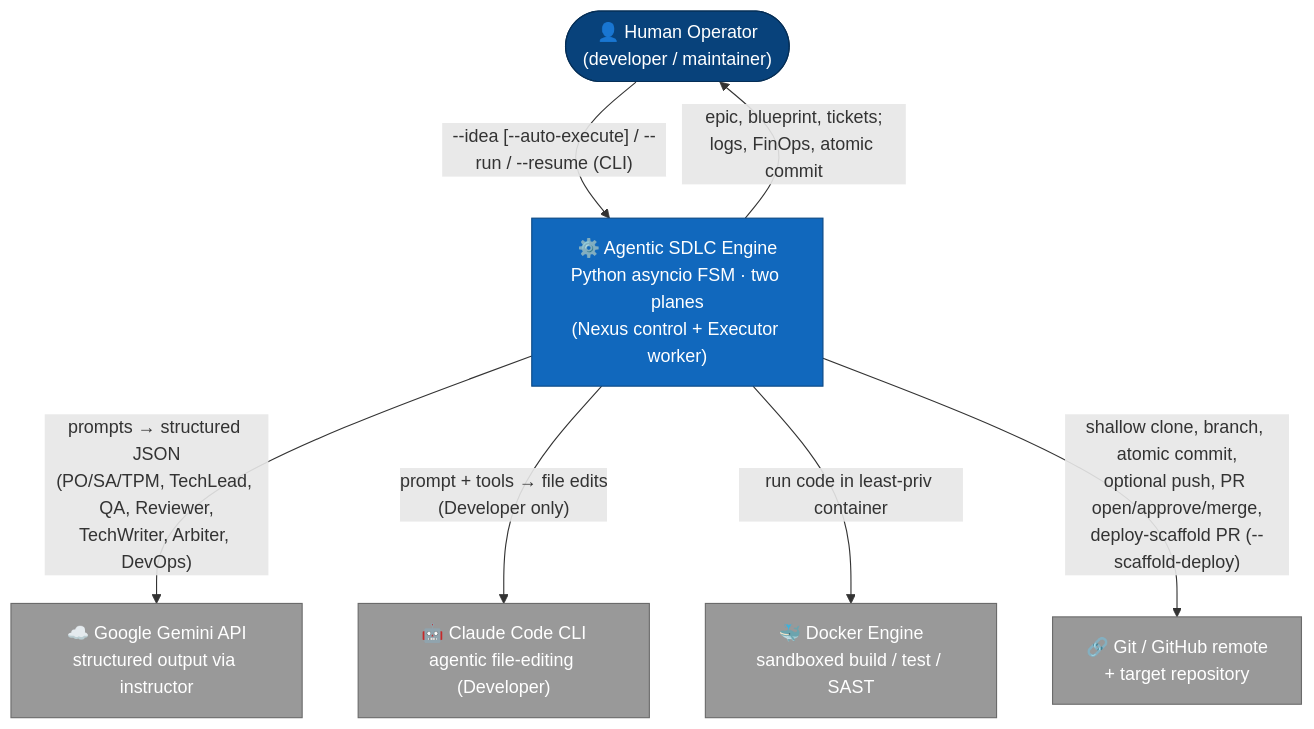
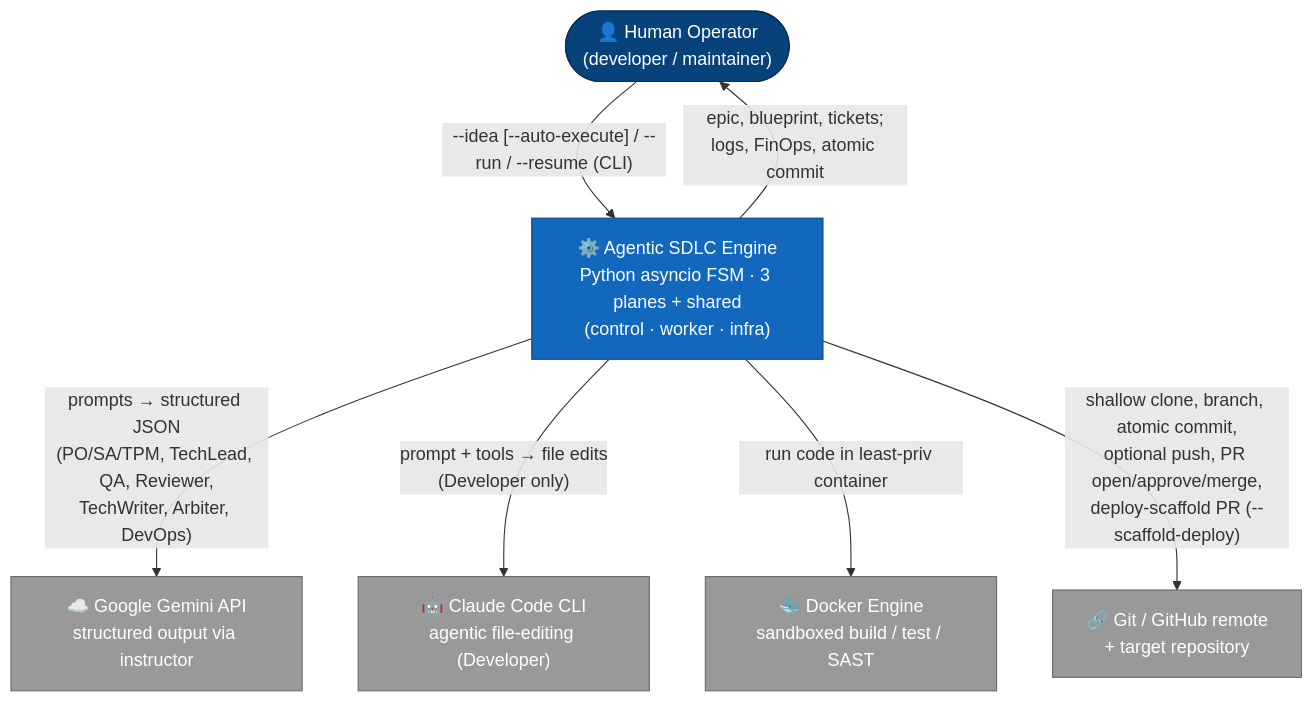
One commit to pavel-shyrko/async-agentic-sdlc changed the first of 4 diagrams in docs/ARCHITECTURE.md. Above: the diagram before and after it, drawn with Mermaid. The commit also changed other lines of this file and 4 other files, not shown here.

Commit message:
docs: update architecture and setup documentation to reflect three physical planes and deployment infra

````diff
--- a/docs/ARCHITECTURE.md
+++ b/docs/ARCHITECTURE.md
@@ -20,26 +22,26 @@
 ```mermaid
 flowchart TB
     human(["👤 Human Operator<br/>(developer / maintainer)"])
 
-    engine["⚙️ Agentic SDLC Engine<br/>Python asyncio FSM · two planes<br/>(Nexus control + Executor worker)"]
+    engine["⚙️ Agentic SDLC Engine<br/>Python asyncio FSM · 3 planes + shared<br/>(control · worker · infra)"]
 
     gemini["☁️ Google Gemini API<br/>structured output via instructor"]
     claude["🤖 Claude Code CLI<br/>agentic file-editing (Developer)"]
     docker["🐳 Docker Engine<br/>sandboxed build / test / SAST"]
     github["🔗 Git / GitHub remote<br/>+ target repository"]
 
     human -->|"--idea [--auto-execute] / --run / --resume (CLI)"| engine
     engine -->|"epic, blueprint, tickets;<br/>logs, FinOps, atomic commit"| human
 
     engine -->|"prompts → structured JSON<br/>(PO/SA/TPM, TechLead, QA, Reviewer,<br/>TechWriter, Arbiter, DevOps)"| gemini
     engine -->|"prompt + tools → file edits<br/>(Developer only)"| claude
     engine -->|"run code in least-priv container"| docker
     engine -->|"shallow clone, branch, atomic commit,<br/>optional push, PR open/approve/merge,<br/>deploy-scaffold PR (--scaffold-deploy)"| github
 
     classDef sys fill:#1168bd,stroke:#0b4884,color:#fff;
     classDef ext fill:#999,stroke:#6b6b6b,color:#fff;
     classDef person fill:#08427b,stroke:#052e56,color:#fff;
     class engine sys;
     class gemini,claude,docker,github ext;
     class human person;
 ```
````
